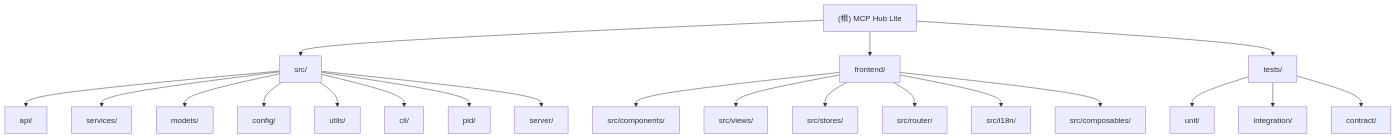
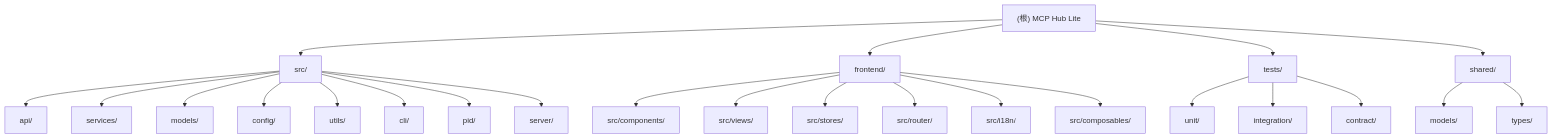
Before and after one commit to LoopOuroboros/mcp-hub-lite: the diagram in CLAUDE.md, drawn with Mermaid. The commit also changed other lines of this file and 35 other files, not shown here.

````diff
--- a/CLAUDE.md
+++ b/CLAUDE.md
@@ -54,45 +54,52 @@
 ```mermaid
 graph TD
     A["(根) MCP Hub Lite"] --> B["src/"];
     A --> C["frontend/"];
     A --> D["tests/"];
+    A --> E["shared/"];
 
     B --> B1["api/"];
     B --> B2["services/"];
     B --> B3["models/"];
     B --> B4["config/"];
     B --> B5["utils/"];
     B --> B6["cli/"];
     B --> B7["pid/"];
     B --> B8["server/"];
 
     C --> C1["src/components/"];
     C --> C2["src/views/"];
     C --> C3["src/stores/"];
     C --> C4["src/router/"];
     C --> C5["src/i18n/"];
     C --> C6["src/composables/"];
 
     D --> D1["unit/"];
     D --> D2["integration/"];
     D --> D3["contract/"];
 
+    E --> E1["models/"];
+    E --> E2["types/"];
+
     click B1 "./src/api/CLAUDE.md" "查看 API 模块文档"
     click B2 "./src/services/CLAUDE.md" "查看 Services 模块文档"
     click B3 "./src/models/CLAUDE.md" "查看 Models 模块文档"
     click B4 "./src/config/CLAUDE.md" "查看 Config 模块文档"
     click B5 "./src/utils/CLAUDE.md" "查看 Utils 模块文档"
     click B6 "./src/cli/CLAUDE.md" "查看 CLI 模块文档"
     click B7 "./src/pid/CLAUDE.md" "查看 PID 模块文档"
     click B8 "./src/server/CLAUDE.md" "查看 Server 模块文档"
 
     click C1 "./frontend/src/components/CLAUDE.md" "查看 Components 模块文档"
     click C2 "./frontend/src/views/CLAUDE.md" "查看 Views 模块文档"
     click C3 "./frontend/src/stores/CLAUDE.md" "查看 Stores 模块文档"
     click C4 "./frontend/src/router/CLAUDE.md" "查看 Router 模块文档"
     click C5 "./frontend/src/i18n/CLAUDE.md" "查看 i18n 模块文档"
 
     click D1 "./tests/unit/CLAUDE.md" "查看 Unit Tests 文档"
     click D2 "./tests/integration/CLAUDE.md" "查看 Integration Tests 文档"
     click D3 "./tests/contract/CLAUDE.md" "查看 Contract Tests 文档"
+
+    click E1 "./shared/CLAUDE.md" "查看 Shared Models 文档"
+    click E2 "./shared/CLAUDE.md" "查看 Shared Types 文档"
 ```
````
